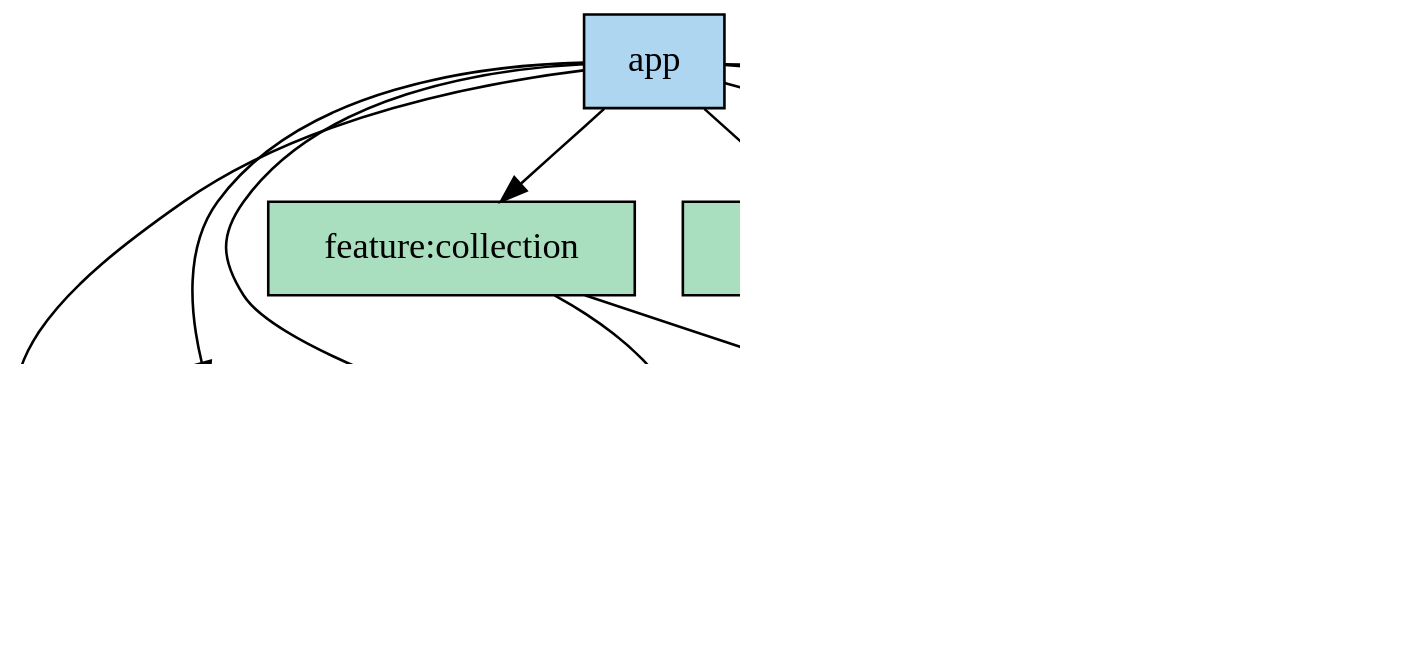
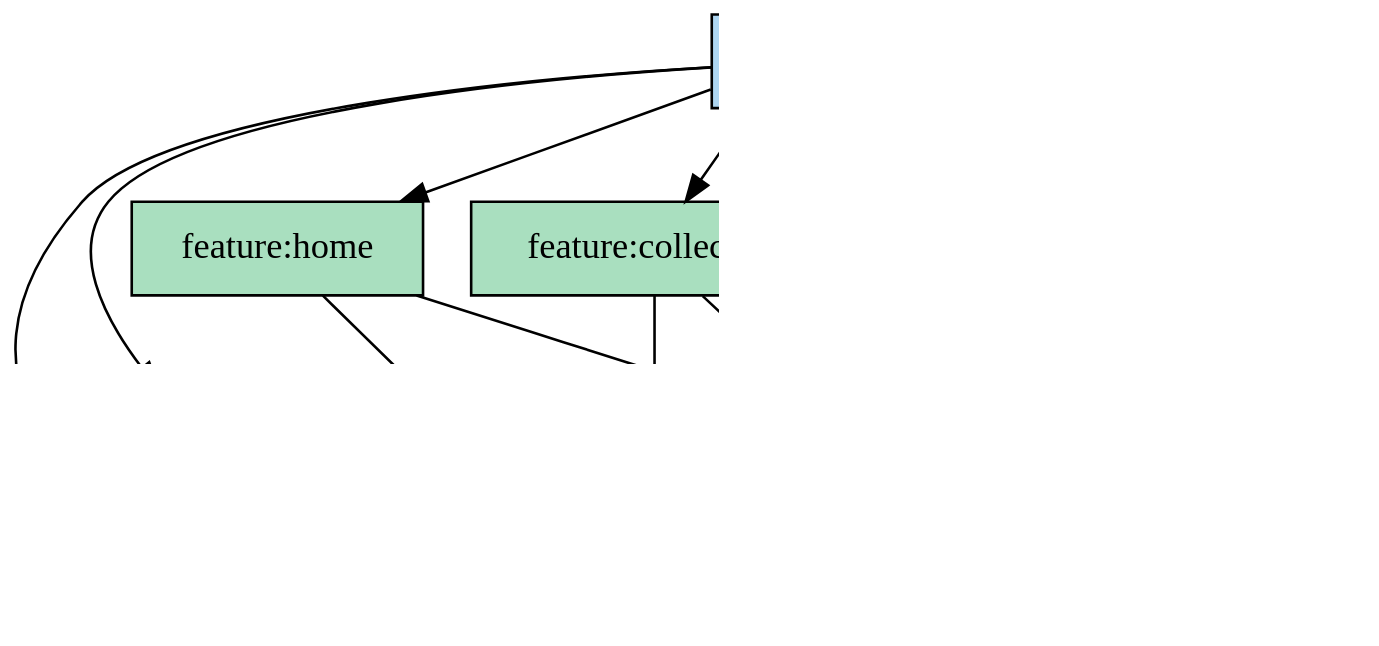
Before and after one commit to soma17th-369/Laimory-android: the diagram in docs/dependency-graph/modules.dot, drawn with Graphviz. The commit also changed 1 other file, not shown here.

```diff
--- a/docs/dependency-graph/modules.dot
+++ b/docs/dependency-graph/modules.dot
@@ -1,35 +1,36 @@
 digraph "modules" {
 edge ["dir"="forward"]
 graph ["dpi"="150" "rankdir"="TB"]
 node ["shape"="rectangle" "style"="filled"]
 
 "app" ["label"="app" "fillcolor"="#AED6F1"]
 "core-collection" ["label"="core:collection" "fillcolor"="#FAD7A0"]
 "core-data" ["label"="core:data" "fillcolor"="#FAD7A0"]
 "core-domain" ["label"="core:domain" "fillcolor"="#D2B4DE"]
 "core-ui" ["label"="core:ui" "fillcolor"="#FAD7A0"]
 "core-util" ["label"="core:util" "fillcolor"="#FAD7A0"]
 "feature-collection" ["label"="feature:collection" "fillcolor"="#A9DFBF"]
 "feature-feature1" ["label"="feature:feature1" "fillcolor"="#A9DFBF"]
 "feature-home" ["label"="feature:home" "fillcolor"="#A9DFBF"]
 
 // edges
 "app" -> "core-collection"
 "app" -> "core-data"
 "app" -> "core-domain"
 "app" -> "core-ui"
 "app" -> "core-util"
 "app" -> "feature-collection"
 "app" -> "feature-feature1"
 "app" -> "feature-home"
 "core-collection" -> "core-domain"
+"core-collection" -> "core-util"
 "core-data" -> "core-domain"
 "core-ui" -> "core-domain"
 "core-ui" -> "core-util"
 "feature-collection" -> "core-domain"
 "feature-collection" -> "core-ui"
 "feature-feature1" -> "core-domain"
 "feature-feature1" -> "core-ui"
 "feature-home" -> "core-domain"
 "feature-home" -> "core-ui"
 }
```
